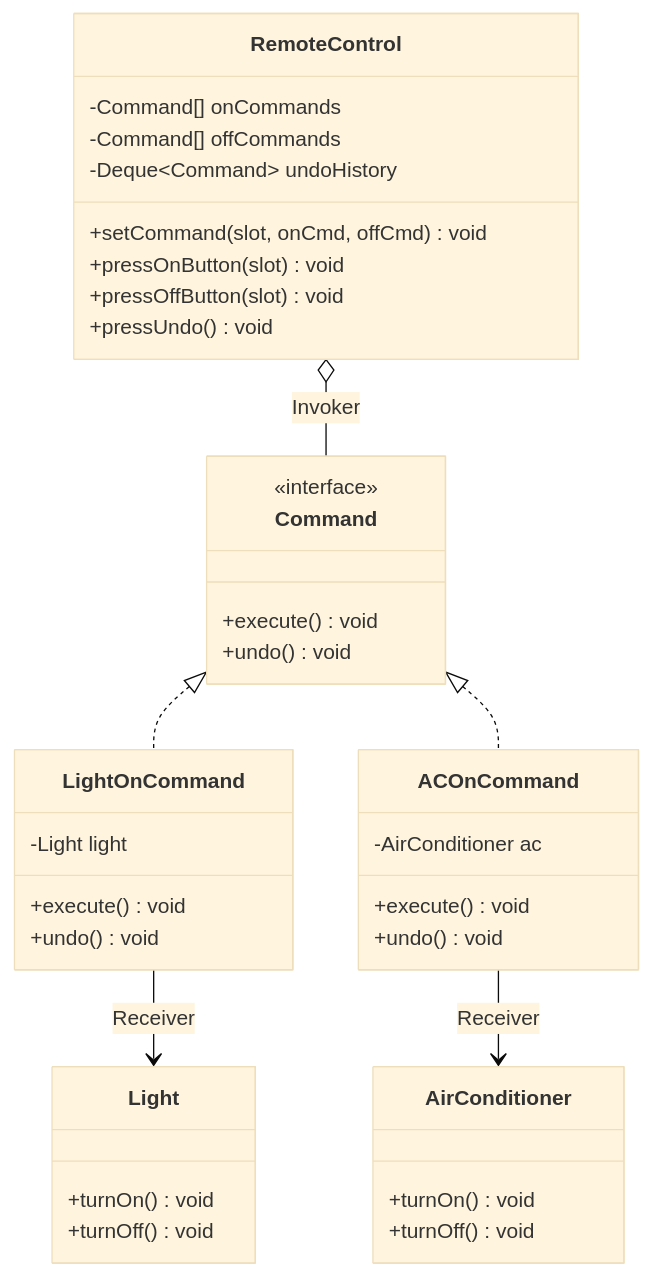
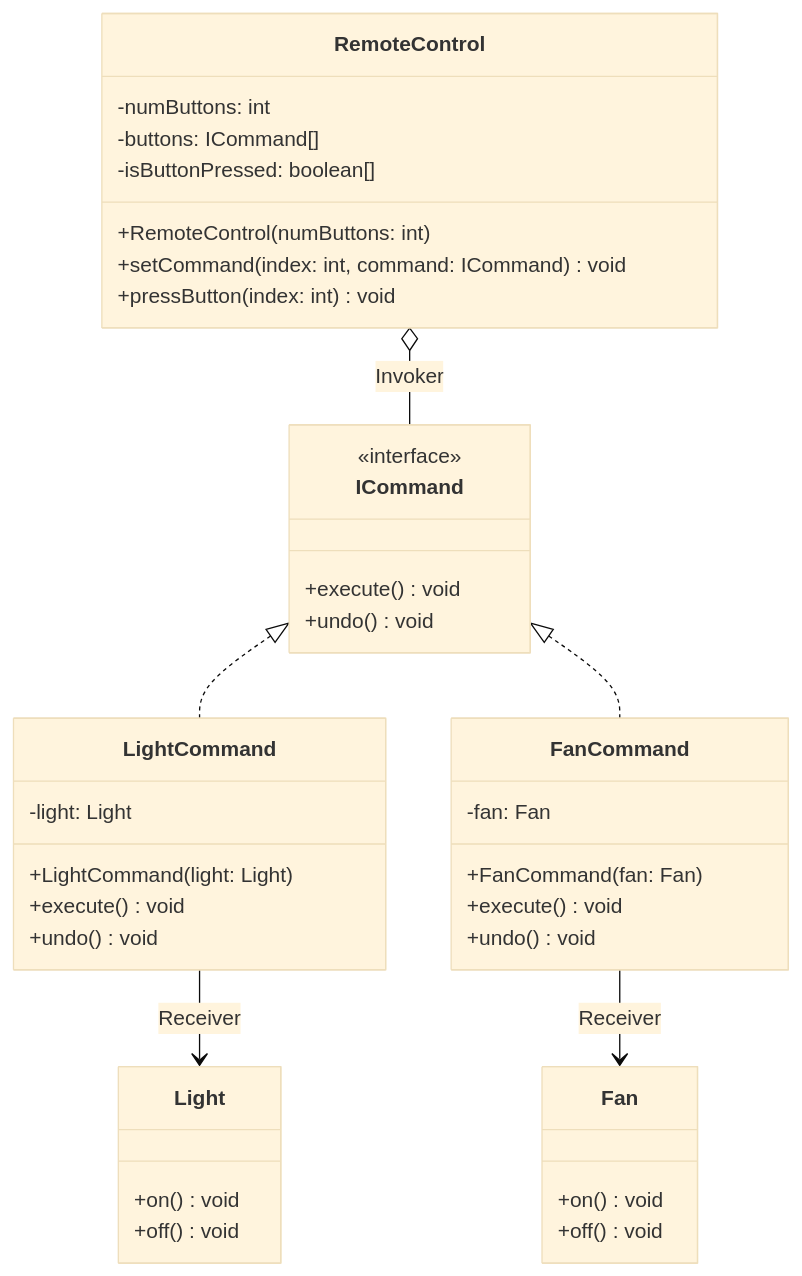
The first of 2 diagrams in 04-OOPs-and-Design-Patterns/03-Design-Patterns/15-Command-Design-Pattern.md (rohithgowda18/Notes), drawn with Mermaid (base theme) before and after one commit. The commit also changed other lines of this file and 30 other files, not shown here.

````diff
--- a/04-OOPs-and-Design-Patterns/03-Design-Patterns/15-Command-Design-Pattern.md
+++ b/04-OOPs-and-Design-Patterns/03-Design-Patterns/15-Command-Design-Pattern.md
@@ -36,44 +80,49 @@
 ```mermaid
 classDiagram
-    class Command {
+    direction TB
+
+    class ICommand {
         <<interface>>
         +execute() void
         +undo() void
     }
 
-    class LightOnCommand {
-        -Light light
-        +execute() void
-        +undo() void
-    }
-    class ACOnCommand {
-        -AirConditioner ac
+    class LightCommand {
+        -light: Light
+        +LightCommand(light: Light)
         +execute() void
         +undo() void
     }
 
-    class RemoteControl {
-        -Command[] onCommands
-        -Command[] offCommands
-        -Deque~Command~ undoHistory
-        +setCommand(slot, onCmd, offCmd) void
-        +pressOnButton(slot) void
-        +pressOffButton(slot) void
-        +pressUndo() void
+    class FanCommand {
+        -fan: Fan
+        +FanCommand(fan: Fan)
+        +execute() void
+        +undo() void
     }
 
     class Light {
-        +turnOn() void
-        +turnOff() void
-    }
-    class AirConditioner {
-        +turnOn() void
-        +turnOff() void
+        +on() void
+        +off() void
     }
 
-    Command <|.. LightOnCommand
-    Command <|.. ACOnCommand
-    LightOnCommand --> Light : Receiver
-    ACOnCommand --> AirConditioner : Receiver
-    RemoteControl o-- Command : Invoker
+    class Fan {
+        +on() void
+        +off() void
+    }
+
+    class RemoteControl {
+        -numButtons: int
+        -buttons: ICommand[]
+        -isButtonPressed: boolean[]
+        +RemoteControl(numButtons: int)
+        +setCommand(index: int, command: ICommand) void
+        +pressButton(index: int) void
+    }
+
+    ICommand <|.. LightCommand
+    ICommand <|.. FanCommand
+    LightCommand --> Light : Receiver
+    FanCommand --> Fan : Receiver
+    RemoteControl o-- ICommand : Invoker
 ```
````
